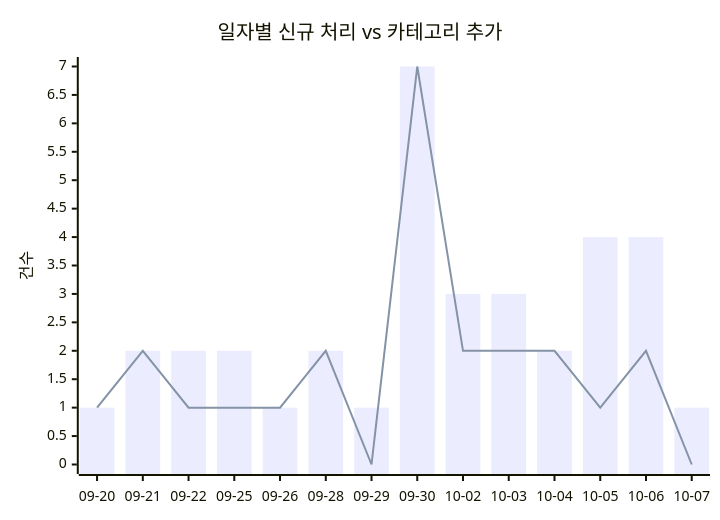
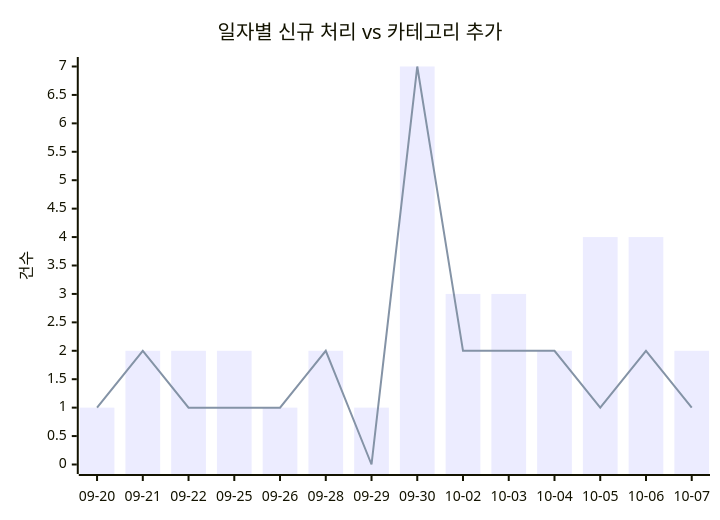
One commit to J-nowcow/awesome-korean-agent-skills changed the first of 2 diagrams in docs/trends.md. Above: the diagram before and after it, drawn with Mermaid. The commit also changed other lines of this file and 4 other files, not shown here.

````diff
--- a/docs/trends.md
+++ b/docs/trends.md
@@ -32,8 +32,8 @@
 ```mermaid
 xychart-beta
     title "일자별 신규 처리 vs 카테고리 추가"
     x-axis ["09-20","09-21","09-22","09-25","09-26","09-28","09-29","09-30","10-02","10-03","10-04","10-05","10-06","10-07"]
     y-axis "건수"
-    bar [1,2,2,2,1,2,1,7,3,3,2,4,4,1]
-    line [1,2,1,1,1,2,0,7,2,2,2,1,2,0]
+    bar [1,2,2,2,1,2,1,7,3,3,2,4,4,2]
+    line [1,2,1,1,1,2,0,7,2,2,2,1,2,1]
 ```
````
